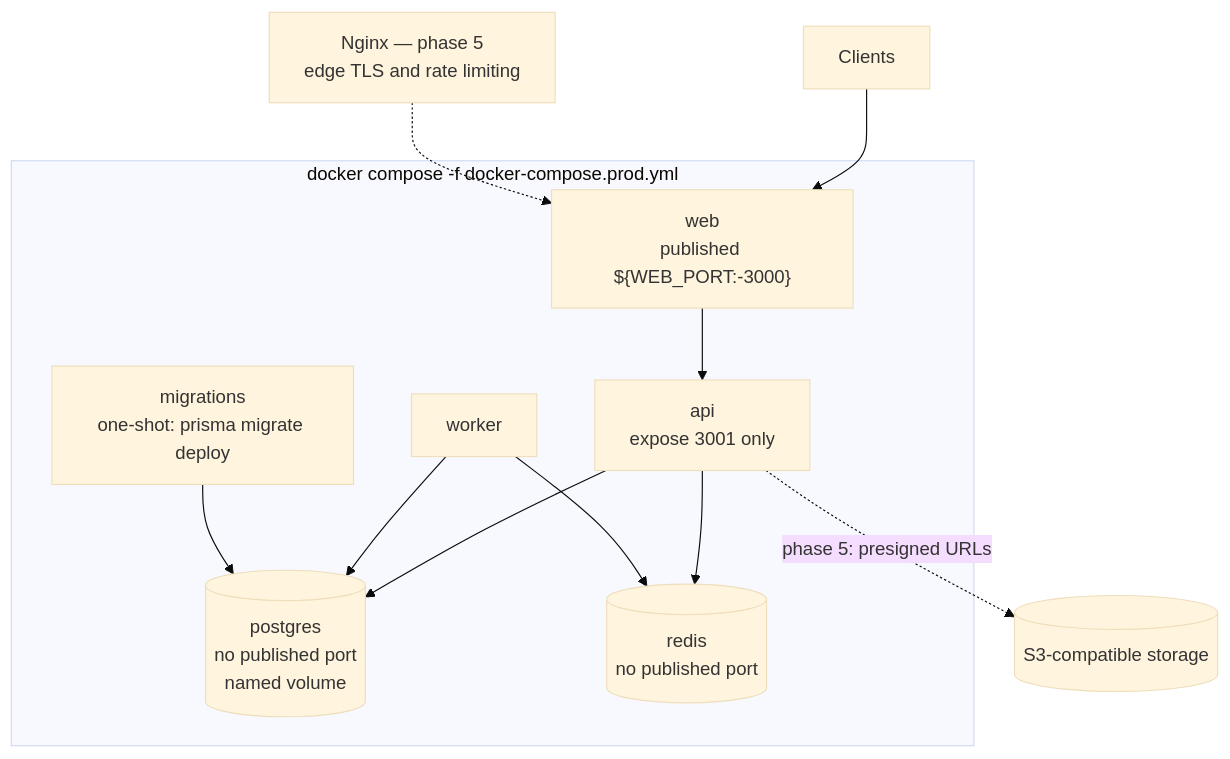
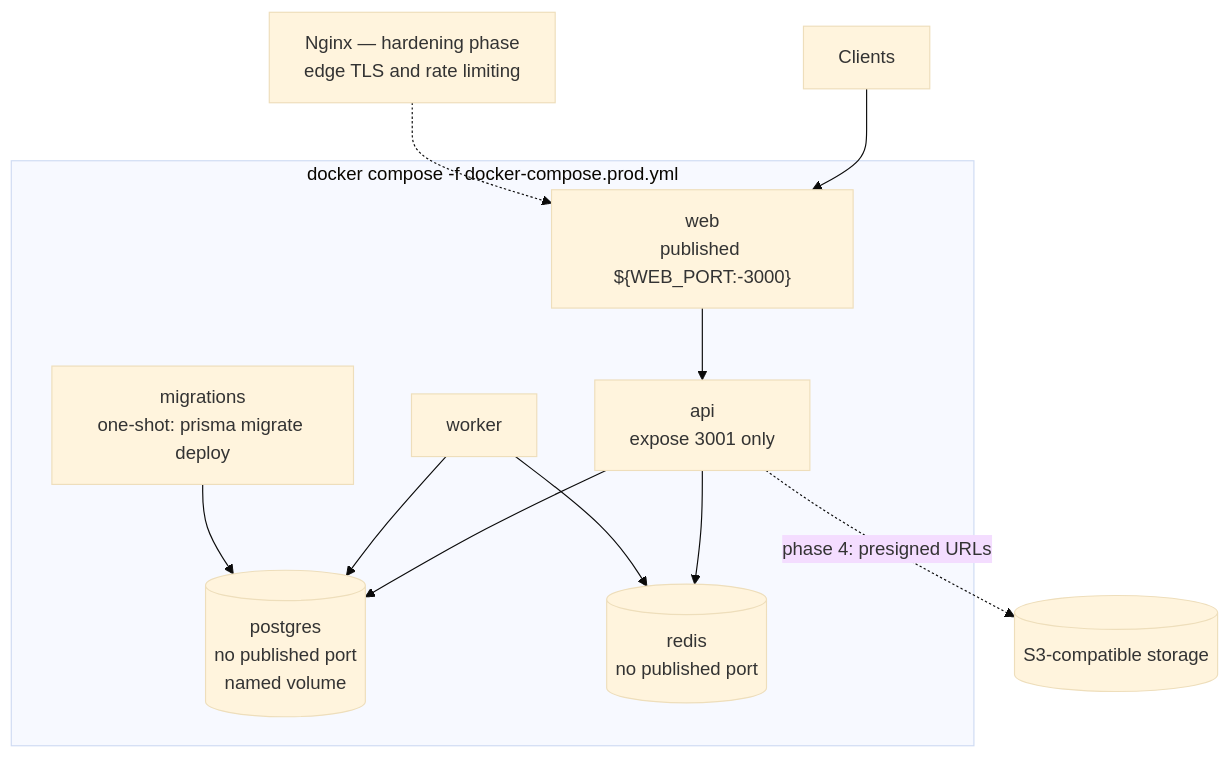
The second of 2 diagrams in docs/deployment.md (Kapil-viahwa/abhyas), drawn with Mermaid (base theme) before and after one commit. The commit also changed other lines of this file and 5 other files, not shown here.

````diff
--- a/docs/deployment.md
+++ b/docs/deployment.md
@@ -46,17 +46,17 @@
 ```mermaid
 flowchart TB
   users["Clients"] --> web["web<br/>published ${WEB_PORT:-3000}"]
 
   subgraph compose["docker compose -f docker-compose.prod.yml"]
     web --> api["api<br/>expose 3001 only"]
     migrations["migrations<br/>one-shot: prisma migrate deploy"]
     api --> pg[("postgres<br/>no published port<br/>named volume")]
     api --> redis[("redis<br/>no published port")]
     worker["worker"] --> pg
     worker --> redis
     migrations --> pg
   end
 
-  api -.->|phase 5: presigned URLs| s3[("S3-compatible storage")]
-  nginx["Nginx — phase 5<br/>edge TLS and rate limiting"] -.-> web
+  api -.->|phase 4: presigned URLs| s3[("S3-compatible storage")]
+  nginx["Nginx — hardening phase<br/>edge TLS and rate limiting"] -.-> web
 ```
````
